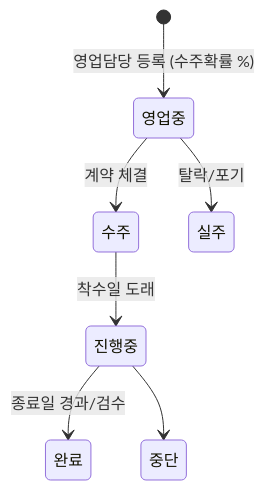
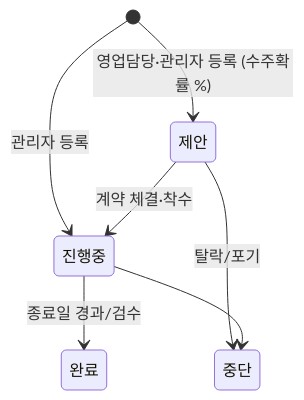
One commit to toddkim-rgb/BT_HRM changed the fifth of 16 diagrams in SM_SI_인력관리시스템_명세서.md. Above: the diagram before and after it, drawn with Mermaid. The commit also changed other lines of this file and 22 other files, not shown here.

````diff
--- a/SM_SI_인력관리시스템_명세서.md
+++ b/SM_SI_인력관리시스템_명세서.md
@@ -215,9 +238,9 @@
 ```mermaid
 stateDiagram-v2
-  [*] --> 영업중: 영업담당 등록 (수주확률 %)
-  영업중 --> 수주: 계약 체결
-  영업중 --> 실주: 탈락/포기
-  수주 --> 진행중: 착수일 도래
+  [*] --> 제안: 영업담당·관리자 등록 (수주확률 %)
+  [*] --> 진행중: 관리자 등록
+  제안 --> 진행중: 계약 체결·착수
+  제안 --> 중단: 탈락/포기
   진행중 --> 완료: 종료일 경과/검수
   진행중 --> 중단
 ```
````
